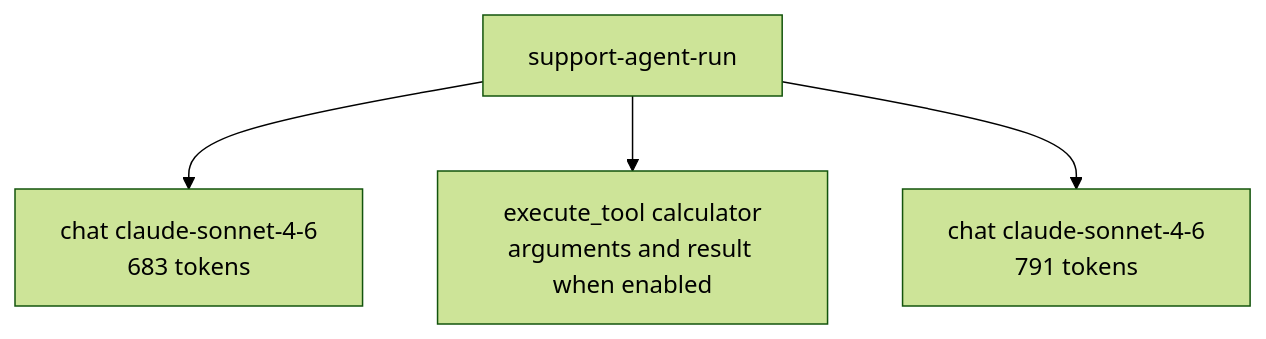
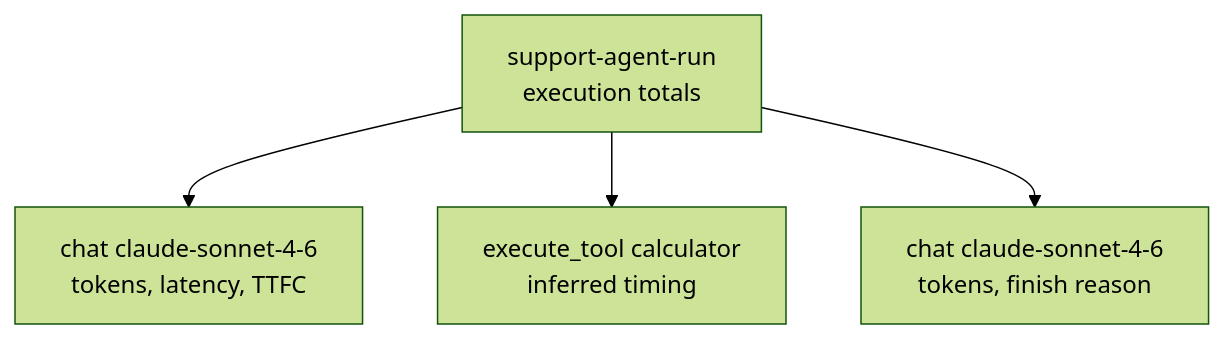
Before and after one commit to krystianslowik/n8n-nodes-llm-observability: the second of 2 diagrams in README.md, drawn with Mermaid (forest theme). The commit also changed other lines of this file and 25 other files, not shown here.

````diff
--- a/README.md
+++ b/README.md
@@ -28,10 +26,10 @@
 ```mermaid
 flowchart TD
-    trace["support-agent-run"]
-    first["chat claude-sonnet-4-6<br/>683 tokens"]
-    tool["execute_tool calculator<br/>arguments and result when enabled"]
-    final["chat claude-sonnet-4-6<br/>791 tokens"]
+    trace["support-agent-run<br/>execution totals"]
+    first["chat claude-sonnet-4-6<br/>tokens, latency, TTFC"]
+    tool["execute_tool calculator<br/>inferred timing"]
+    final["chat claude-sonnet-4-6<br/>tokens, finish reason"]
     trace --> first
     trace --> tool
     trace --> final
 ```
````
